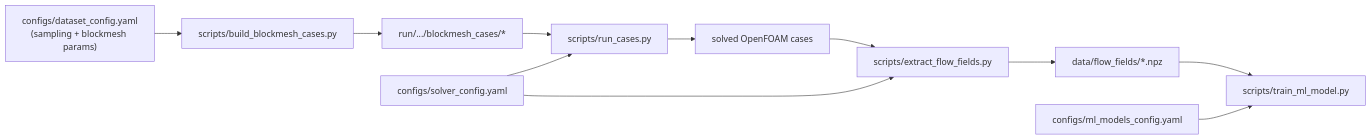
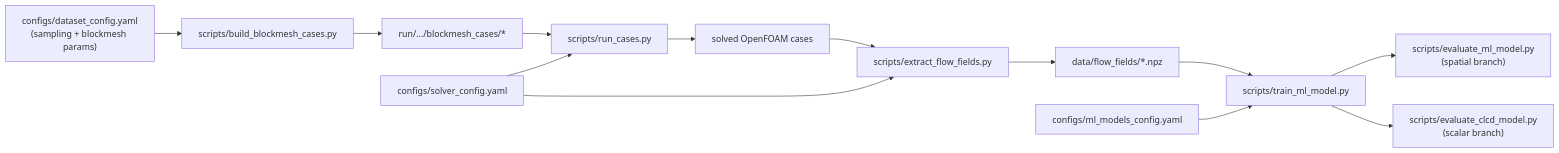
The diagram in docs/pipeline.md (hermanom214/airfoil-surrogate-of-project), drawn with Mermaid before and after one commit. The commit also changed other lines of this file and 6 other files, not shown here.

````diff
--- a/docs/pipeline.md
+++ b/docs/pipeline.md
@@ -16,15 +16,17 @@
 ```mermaid
 flowchart LR
     A["configs/dataset_config.yaml\n(sampling + blockmesh params)"] --> B["scripts/build_blockmesh_cases.py"]
     B --> C["run/.../blockmesh_cases/*"]
     C --> D["scripts/run_cases.py"]
     D --> E["solved OpenFOAM cases"]
     E --> F["scripts/extract_flow_fields.py"]
     F --> G["data/flow_fields/*.npz"]
     G --> H["scripts/train_ml_model.py"]
+    H --> K["scripts/evaluate_ml_model.py\n(spatial branch)"]
+    H --> L["scripts/evaluate_clcd_model.py\n(scalar branch)"]
 
     I["configs/solver_config.yaml"] --> D
     I --> F
 
     J["configs/ml_models_config.yaml"] --> H
 ```
````
